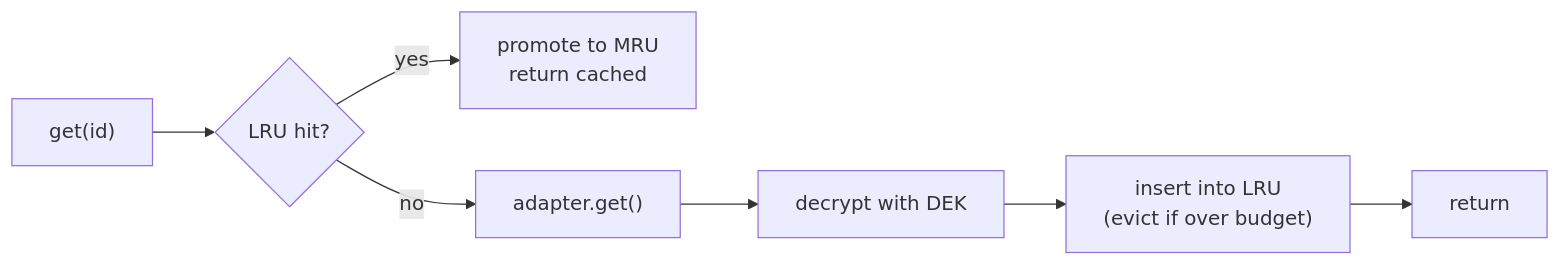
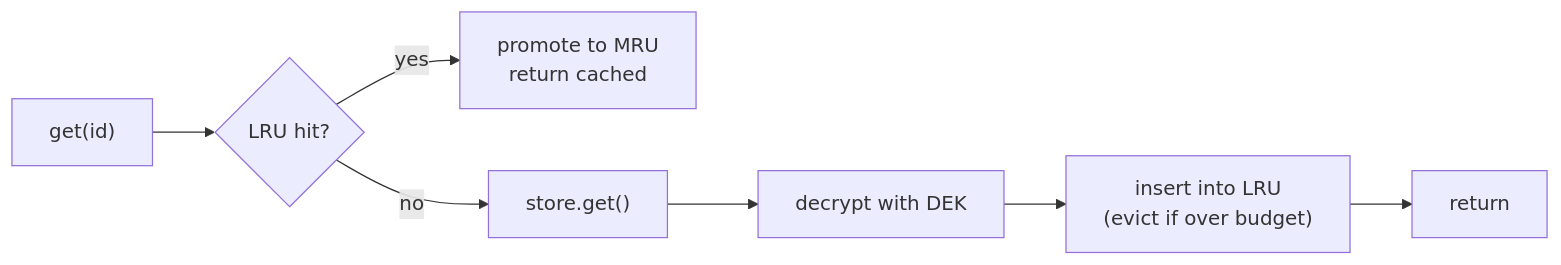
One commit to vLannaAi/noy-db changed the fifth of 9 diagrams in docs/architecture.md. Above: the diagram before and after it, drawn with Mermaid. The commit also changed other lines of this file and 2 other files, not shown here.

````diff
--- a/docs/architecture.md
+++ b/docs/architecture.md
@@ -212,9 +212,9 @@
 ```mermaid
 flowchart LR
     Get["get(id)"] --> Hit{LRU hit?}
     Hit -->|yes| Promote["promote to MRU<br/>return cached"]
-    Hit -->|no| Fetch["adapter.get()"]
+    Hit -->|no| Fetch["store.get()"]
     Fetch --> Decrypt["decrypt with DEK"]
     Decrypt --> Insert["insert into LRU<br/>(evict if over budget)"]
     Insert --> Return["return"]
 ```
````
